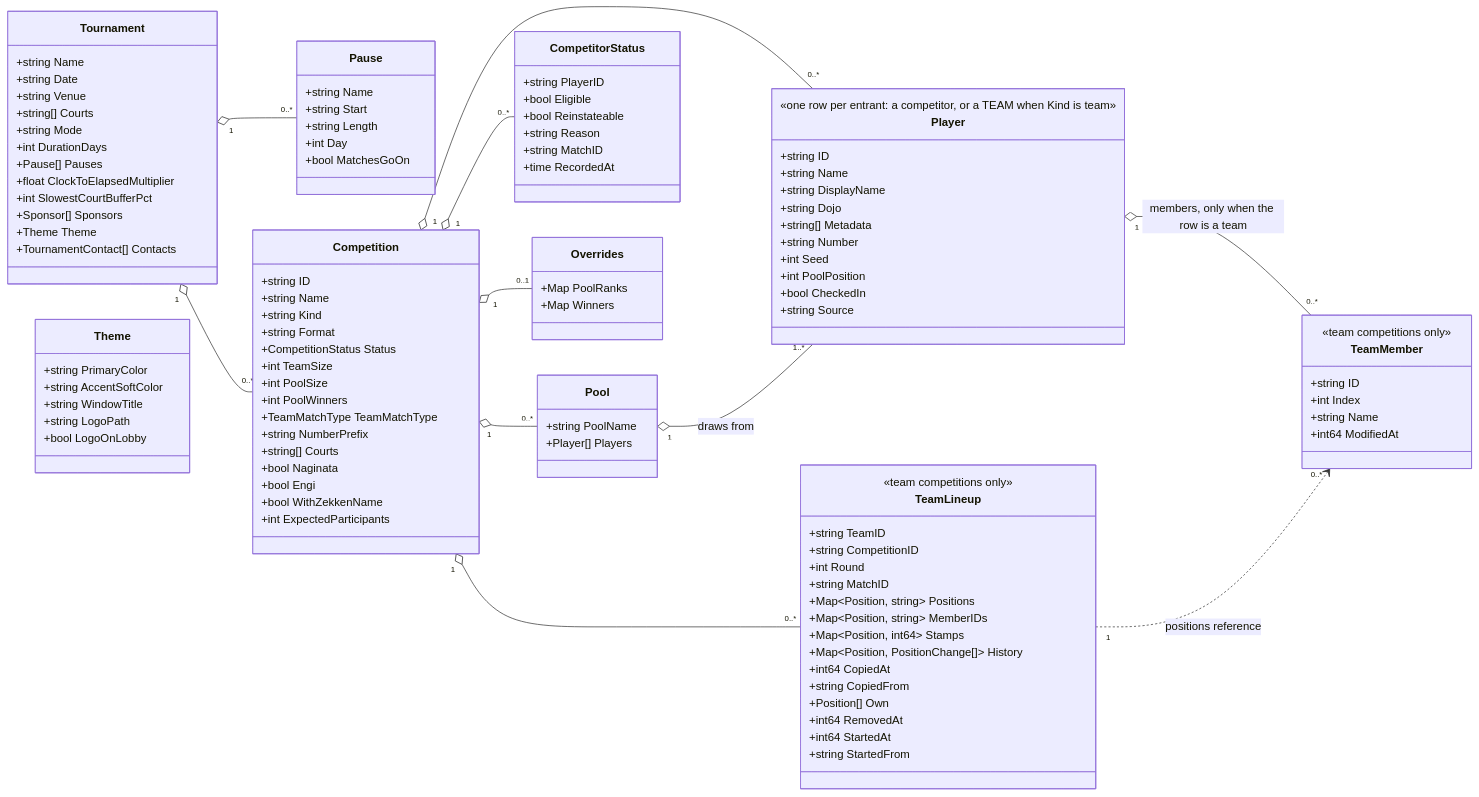
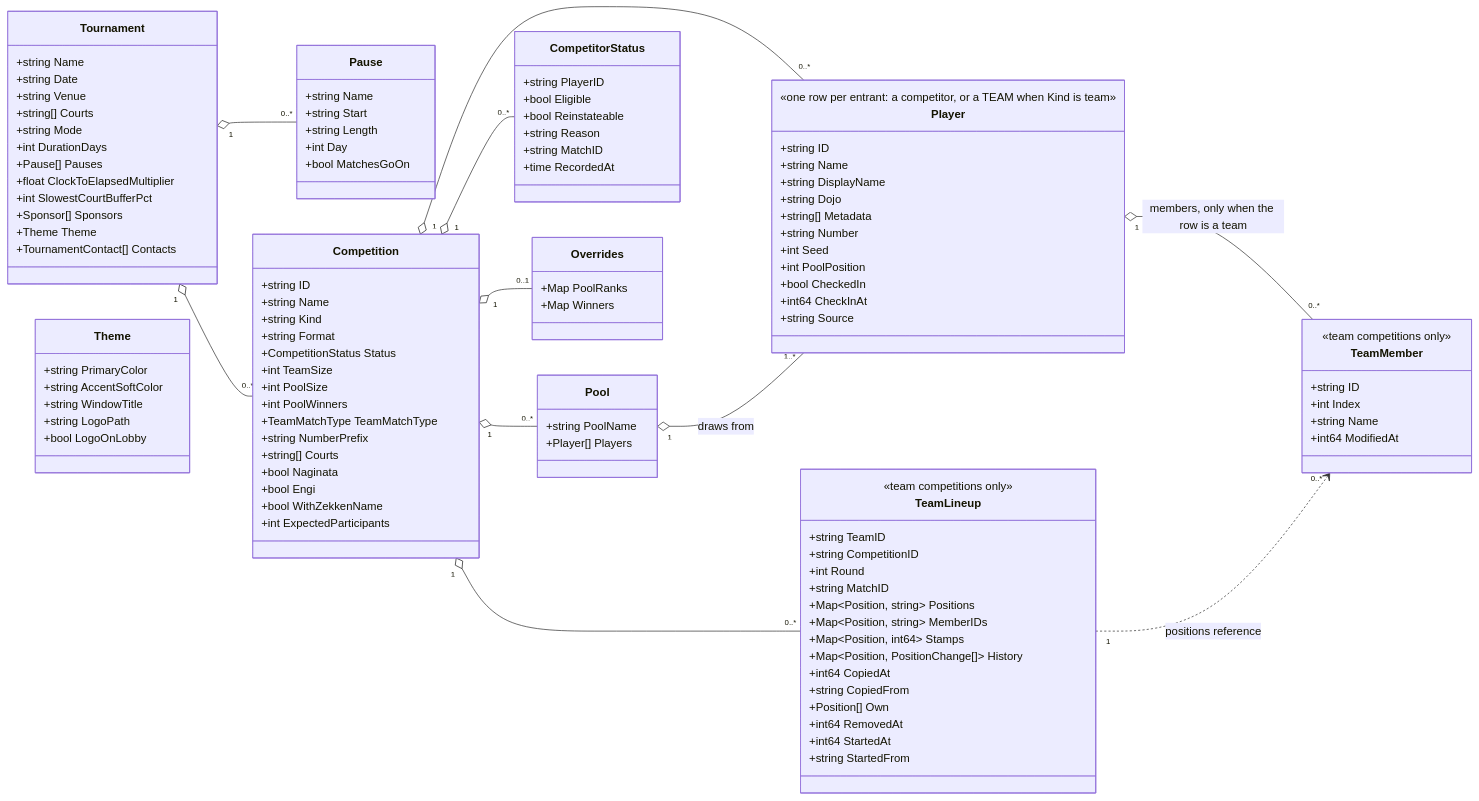
The first of 4 diagrams in docs/architecture/data-model.md (gitrgoliveira/bracket-creator), drawn with Mermaid before and after one commit. The commit also changed other lines of this file and 45 other files, not shown here.

```diff
--- a/docs/architecture/data-model.md
+++ b/docs/architecture/data-model.md
@@ -104,6 +104,7 @@
         +int Seed
         +int PoolPosition
         +bool CheckedIn
+        +int64 CheckInAt
         +string Source
     }
 
```
